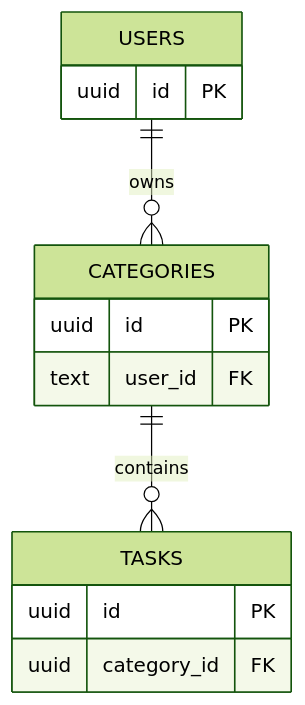
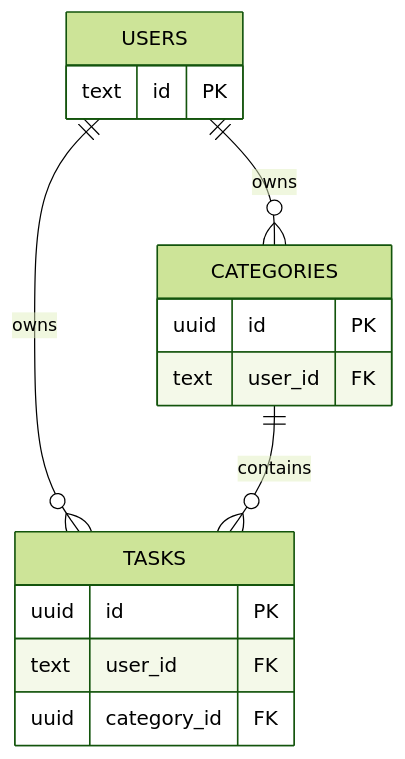
Before and after one commit to fbansghd/sortnote-online: the diagram in README.md, drawn with Mermaid (forest theme).

Commit message:
ER図を修正：TASKSのuser_idとUSERSリレーションを追加
TASKSテーブルにuser_id FKを追加し、USERS->TASKSの直接的な関係を明示。より正確なデータベース構造を反映。

````diff
--- a/README.md
+++ b/README.md
@@ -76,19 +76,21 @@
 ```mermaid
 erDiagram
     USERS ||--o{ CATEGORIES : owns
+    USERS ||--o{ TASKS : owns
     CATEGORIES ||--o{ TASKS : contains
 
     USERS {
-        uuid id PK
+        text id PK
     }
 
     CATEGORIES {
         uuid id PK
         text user_id FK
     }
 
     TASKS {
         uuid id PK
+        text user_id FK
         uuid category_id FK
     }
 ```
````
